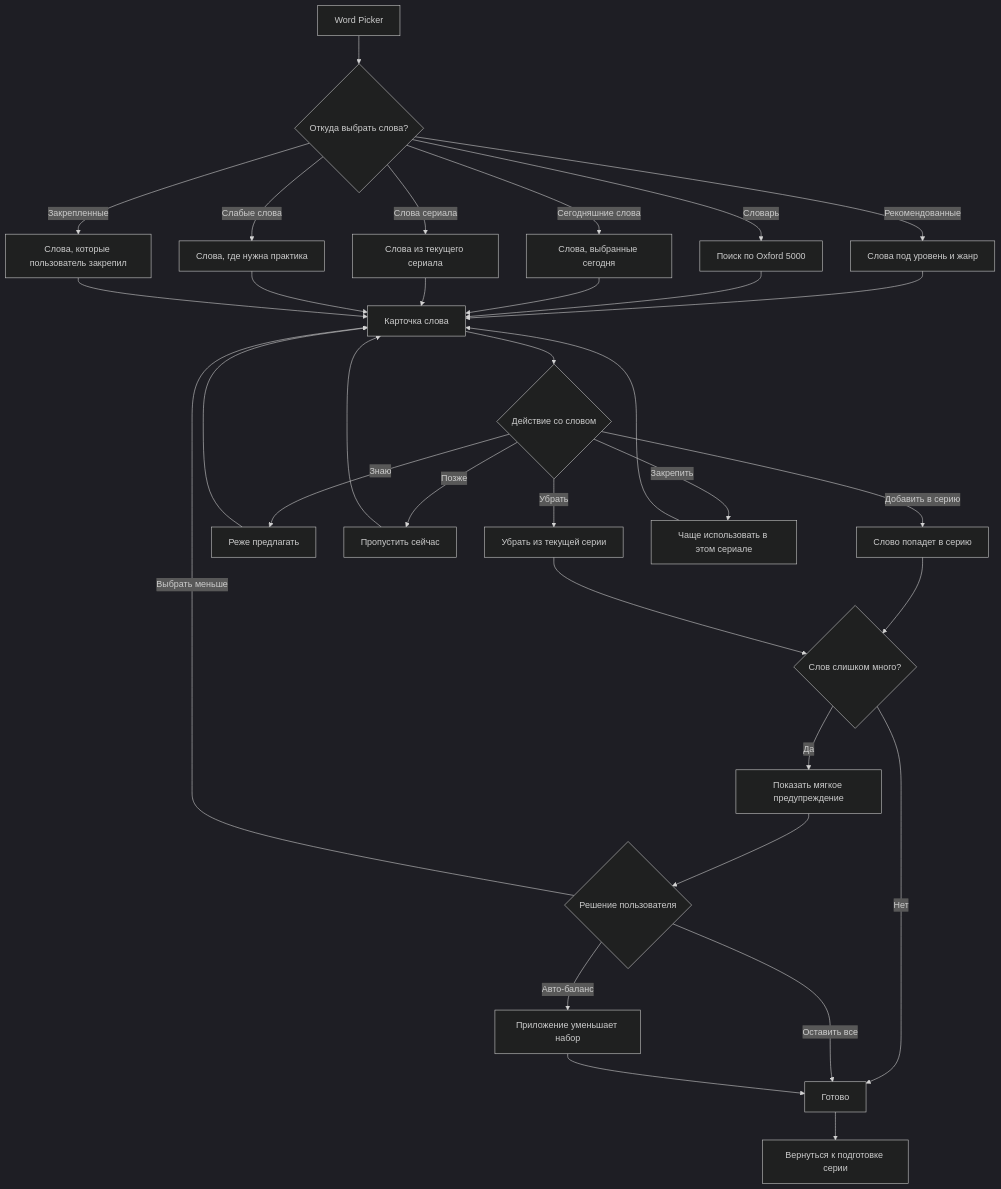
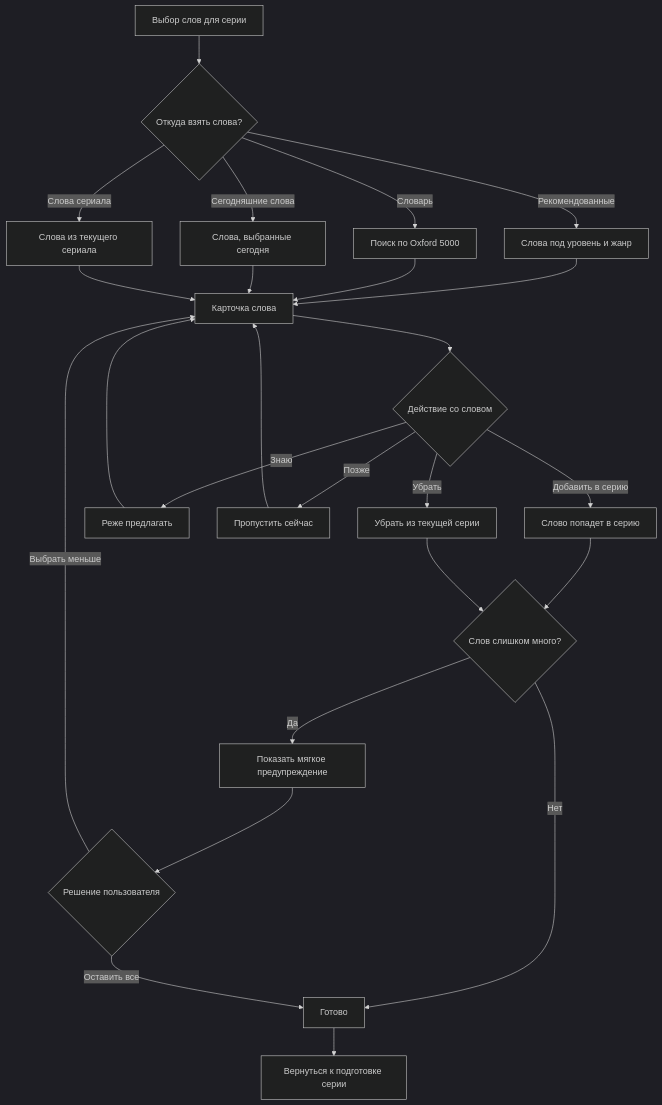
The fourth of 10 diagrams in concept/user_flow_schema.md (Gamshik/narrumi), drawn with Mermaid (dark theme) before and after one commit. The commit also changed other lines of this file and 8 other files, not shown here.

Commit message:
docs(product): refine AI series episode flow

````diff
--- a/concept/user_flow_schema.md
+++ b/concept/user_flow_schema.md
@@ -85,41 +85,33 @@
 ```mermaid
 flowchart TD
-    A["Word Picker"] --> B{"Откуда выбрать слова?"}
+    A["Выбор слов для серии"] --> B{"Откуда взять слова?"}
 
     B -- "Рекомендованные" --> C["Слова под уровень и жанр"]
     B -- "Словарь" --> D["Поиск по Oxford 5000"]
     B -- "Сегодняшние слова" --> E["Слова, выбранные сегодня"]
     B -- "Слова сериала" --> F["Слова из текущего сериала"]
-    B -- "Слабые слова" --> G["Слова, где нужна практика"]
-    B -- "Закрепленные" --> H["Слова, которые пользователь закрепил"]
 
     C --> I["Карточка слова"]
     D --> I
     E --> I
     F --> I
-    G --> I
-    H --> I
 
     I --> J{"Действие со словом"}
     J -- "Добавить в серию" --> K["Слово попадет в серию"]
     J -- "Знаю" --> L["Реже предлагать"]
     J -- "Позже" --> M["Пропустить сейчас"]
     J -- "Убрать" --> N["Убрать из текущей серии"]
-    J -- "Закрепить" --> O["Чаще использовать в этом сериале"]
 
     K --> P{"Слов слишком много?"}
     L --> I
     M --> I
     N --> P
-    O --> I
 
     P -- "Нет" --> Q["Готово"]
     P -- "Да" --> R["Показать мягкое предупреждение"]
     R --> S{"Решение пользователя"}
     S -- "Оставить все" --> Q
-    S -- "Авто-баланс" --> T["Приложение уменьшает набор"]
     S -- "Выбрать меньше" --> I
-    T --> Q
 
     Q --> U["Вернуться к подготовке серии"]
 ```
````
